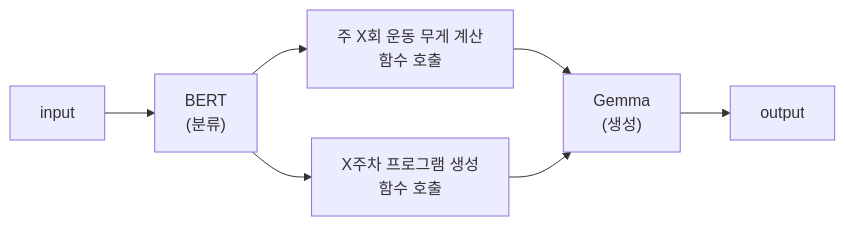
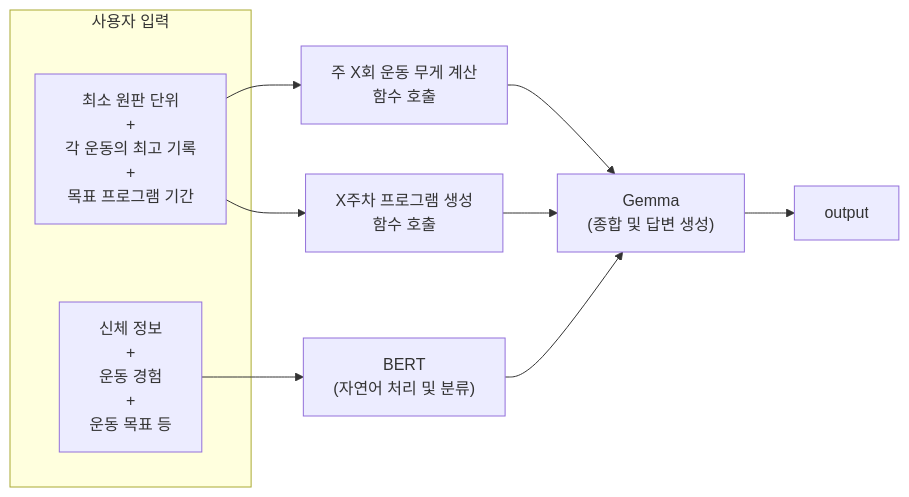
The diagram in README.md (daehyun99/BurnFit-AI-developer-assignment), drawn with Mermaid before and after one commit. The commit also changed other lines of this file, not shown here.

````diff
--- a/README.md
+++ b/README.md
@@ -5,18 +5,18 @@
 ```mermaid
 graph LR
-    input["input"]
-    output["output"]
+    subgraph 사용자 입력
+        A1["최소 원판 단위<br>+<br>각 운동의 최고 기록<br>+<br>목표 프로그램 기간"]
+        A2["신체 정보<br>+<br>운동 경험<br>+<br>운동 목표 등"]
+    end
 
-    BERT["BERT<br>(분류)"]
-    calc["주 X회 운동 무게 계산<br>함수 호출"]
-    gen["X주차 프로그램 생성<br>함수 호출"]
-    Gemma["Gemma<br>(생성)"]
+    A1 --> B1["주 X회 운동 무게 계산<br>함수 호출"]
+    A1 --> B2["X주차 프로그램 생성<br>함수 호출"]
+    A2 --> B3["BERT<br>(자연어 처리 및 분류)"]
 
-    input --> BERT
-    BERT --> calc
-    BERT --> gen
-    calc --> Gemma
-    gen --> Gemma
-    Gemma --> output
+    B1 --> C["Gemma<br>(종합 및 답변 생성)"]
+    B2 --> C
+    B3 --> C
+
+    C --> D["output"]
 
 ```
````
